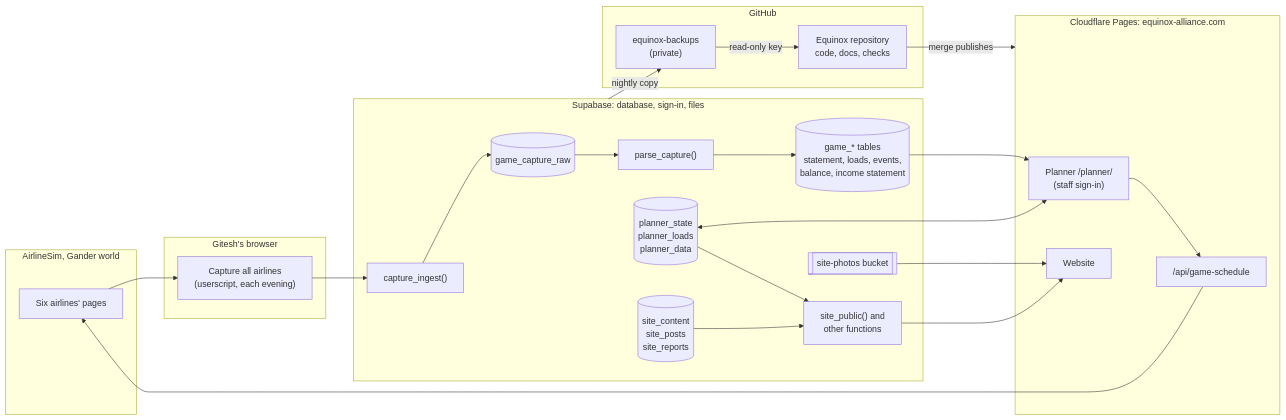
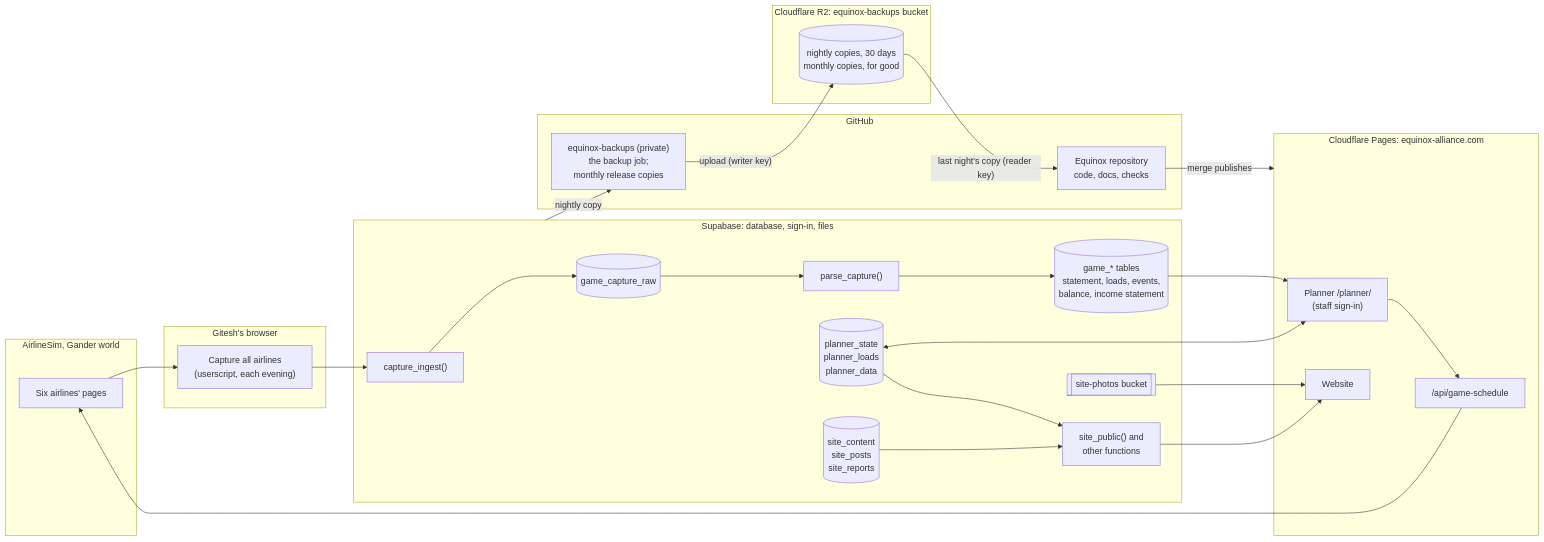
Before and after one commit to GiteshJain/Equinox: the diagram in docs/architecture.md, drawn with Mermaid. The commit also changed other lines of this file and 14 other files, not shown here.

First line of the commit message:
Rehearsal and sample maker read backups from Cloudflare R2; backup_runs.object_key (#11)

````diff
--- a/docs/architecture.md
+++ b/docs/architecture.md
@@ -7,36 +7,40 @@
 ```mermaid
 flowchart LR
   subgraph Game["AirlineSim, Gander world"]
     G[Six airlines' pages]
   end
   subgraph Gitesh["Gitesh's browser"]
     C["Capture all airlines<br/>(userscript, each evening)"]
   end
   subgraph Supabase["Supabase: database, sign-in, files"]
     I["capture_ingest()"] --> R[(game_capture_raw)] --> P["parse_capture()"] --> T[("game_* tables<br/>statement, loads, events,<br/>balance, income statement")]
     PS[(planner_state<br/>planner_loads<br/>planner_data)]
     S[(site_content<br/>site_posts<br/>site_reports)]
     F["site_public() and<br/>other functions"]
     B[[site-photos bucket]]
   end
   subgraph Cloudflare["Cloudflare Pages: equinox-alliance.com"]
     W[Website]
     PL["Planner /planner/<br/>(staff sign-in)"]
     GS["/api/game-schedule"]
   end
   subgraph GitHub
     E["Equinox repository<br/>code, docs, checks"]
-    BK["equinox-backups<br/>(private)"]
+    BK["equinox-backups (private)<br/>the backup job;<br/>monthly release copies"]
+  end
+  subgraph R2["Cloudflare R2: equinox-backups bucket"]
+    RB[("nightly copies, 30 days<br/>monthly copies, for good")]
   end
   G --> C --> I
   T --> PL
   PS <--> PL
   PS --> F
   S --> F --> W
   B --> W
   GS --> G
   PL --> GS
   E -- "merge publishes" --> Cloudflare
   Supabase -- "nightly copy" --> BK
-  BK -- "read-only key" --> E
+  BK -- "upload (writer key)" --> RB
+  RB -- "last night's copy (reader key)" --> E
 ```
````
